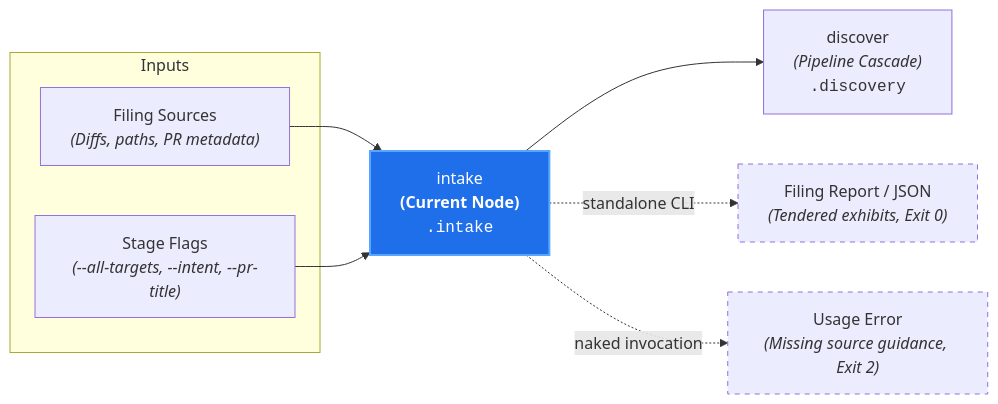
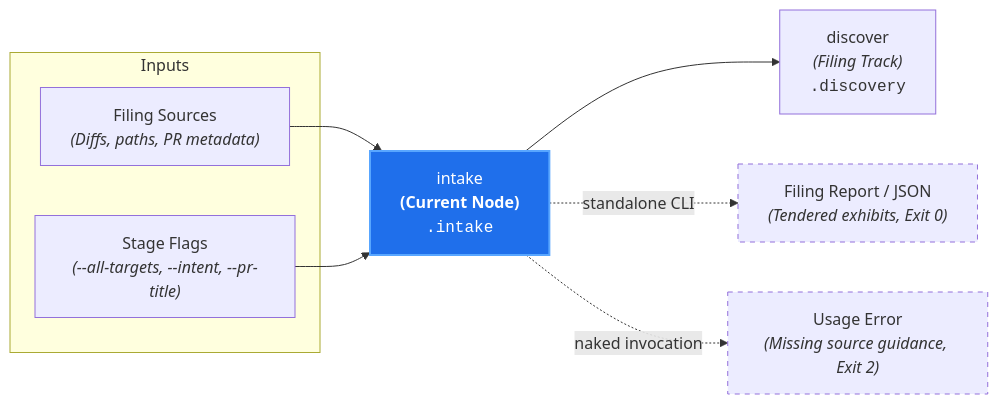
The diagram in docs/architecture/nodes/intake.md (PAIR-code/canon-clerk), drawn with Mermaid before and after one commit. The commit also changed other lines of this file and 18 other files, not shown here.

````diff
--- a/docs/architecture/nodes/intake.md
+++ b/docs/architecture/nodes/intake.md
@@ -21,18 +21,18 @@
 ```mermaid
 flowchart LR
     subgraph Inputs["Inputs"]
         Sources["Filing Sources<br/><i>(Diffs, paths, PR metadata)</i>"]
         Params["Stage Flags<br/><i>(--all-targets, --intent, --pr-title)</i>"]
     end
 
     Sources --> Intake["intake<br/><b>(Current Node)</b><br/><code>.intake</code>"]
     Params --> Intake
 
-    Intake --> Discover["discover<br/><i>(Pipeline Cascade)</i><br/><code>.discovery</code>"]
+    Intake --> Discover["discover<br/><i>(Filing Track)</i><br/><code>.discovery</code>"]
     Intake -. "standalone CLI" .-> IntakeReport["Filing Report / JSON<br/><i>(Tendered exhibits, Exit 0)</i>"]
     Intake -. "naked invocation" .-> UsageError["Usage Error<br/><i>(Missing source guidance, Exit 2)</i>"]
 
     style Intake fill:#1f6feb,stroke:#58a6ff,stroke-width:2px,color:#fff
     style IntakeReport stroke-dasharray: 5 5
     style UsageError stroke-dasharray: 5 5
 ```
````
